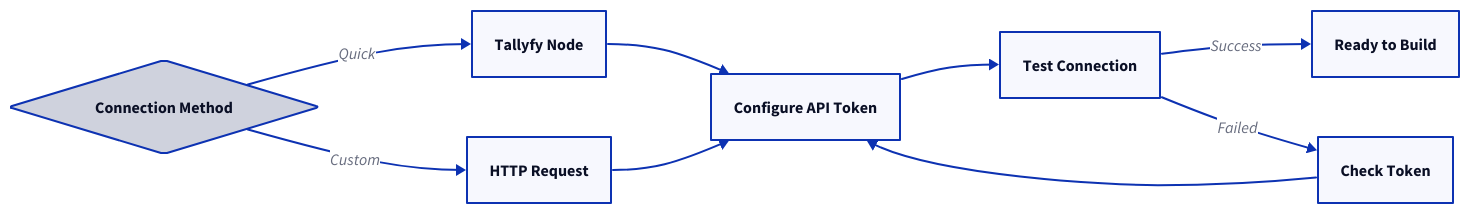
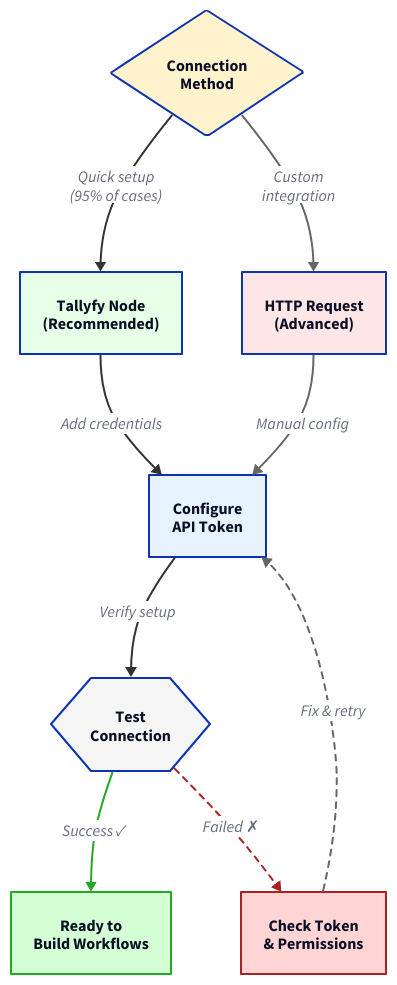
The first of 2 diagrams in src/content/docs/pro/integrations/middleware/n8n/connecting-n8n-to-tallyfy.mdx (tallyfy/documentation), drawn with D2 before and after one commit. The commit also changed 17 other files, not shown here.

````diff
--- a/src/content/docs/pro/integrations/middleware/n8n/connecting-n8n-to-tallyfy.mdx
+++ b/src/content/docs/pro/integrations/middleware/n8n/connecting-n8n-to-tallyfy.mdx
@@ -25,20 +25,77 @@
 ```d2
-direction: right
+direction: down
 
-Method: "Connection Method" {shape: diamond}
-Node: "Tallyfy Node"
-HTTP: "HTTP Request"
-Auth: "Configure API Token"
-Test: "Test Connection"
-Ready: "Ready to Build"
-Debug: "Check Token"
+Method: "Connection\nMethod" {
+  shape: diamond
+  style.fill: "#fff3cd"
+}
 
-Method -> Node: "Quick"
-Method -> HTTP: "Custom"
-Node -> Auth
-HTTP -> Auth
-Auth -> Test
-Test -> Ready: "Success"
-Test -> Debug: "Failed"
-Debug -> Auth
+Node: "Tallyfy Node\n(Recommended)" {
+  shape: rectangle
+  style.fill: "#e6ffe6"
+}
+
+HTTP: "HTTP Request\n(Advanced)" {
+  shape: rectangle
+  style.fill: "#ffe6e6"
+}
+
+Auth: "Configure\nAPI Token" {
+  shape: rectangle
+  style.fill: "#e6f3ff"
+}
+
+Test: "Test\nConnection" {
+  shape: hexagon
+  style.fill: "#f5f5f5"
+}
+
+Ready: "Ready to\nBuild Workflows" {
+  shape: rectangle
+  style.fill: "#d4ffd4"
+  style.stroke: "#22aa22"
+  style.stroke-width: 2
+}
+
+Debug: "Check Token\n& Permissions" {
+  shape: rectangle
+  style.fill: "#ffd4d4"
+  style.stroke: "#aa2222"
+}
+
+Method -> Node: "Quick setup\n(95% of cases)" {
+  style.stroke: "#333"
+  style.stroke-width: 2
+}
+
+Method -> HTTP: "Custom\nintegration" {
+  style.stroke: "#666"
+}
+
+Node -> Auth: "Add credentials" {
+  style.stroke: "#333"
+}
+
+HTTP -> Auth: "Manual config" {
+  style.stroke: "#666"
+}
+
+Auth -> Test: "Verify setup" {
+  style.stroke: "#333"
+}
+
+Test -> Ready: "Success ✓" {
+  style.stroke: "#22aa22"
+  style.stroke-width: 2
+}
+
+Test -> Debug: "Failed ✗" {
+  style.stroke: "#aa2222"
+  style.stroke-dash: 3
+}
+
+Debug -> Auth: "Fix & retry" {
+  style.stroke: "#666"
+  style.stroke-dash: 3
+}
 ```
````
